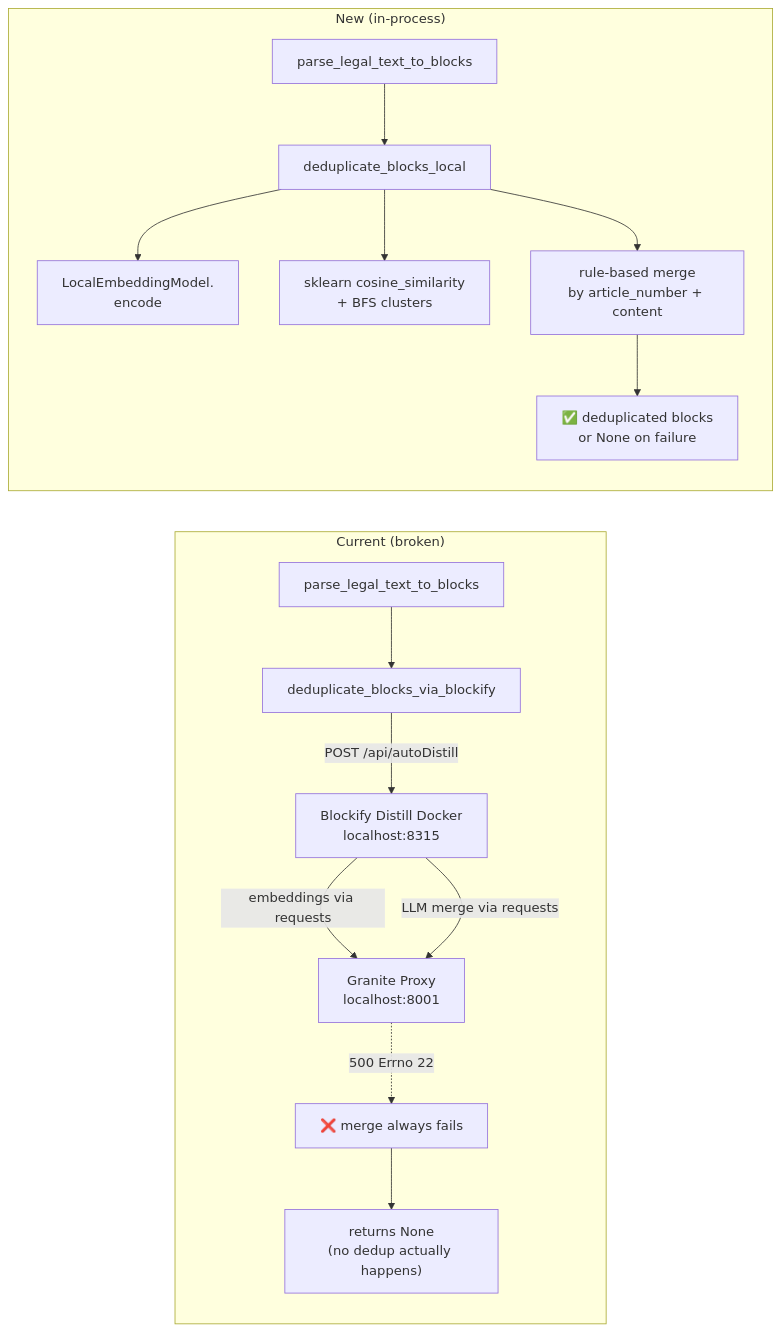
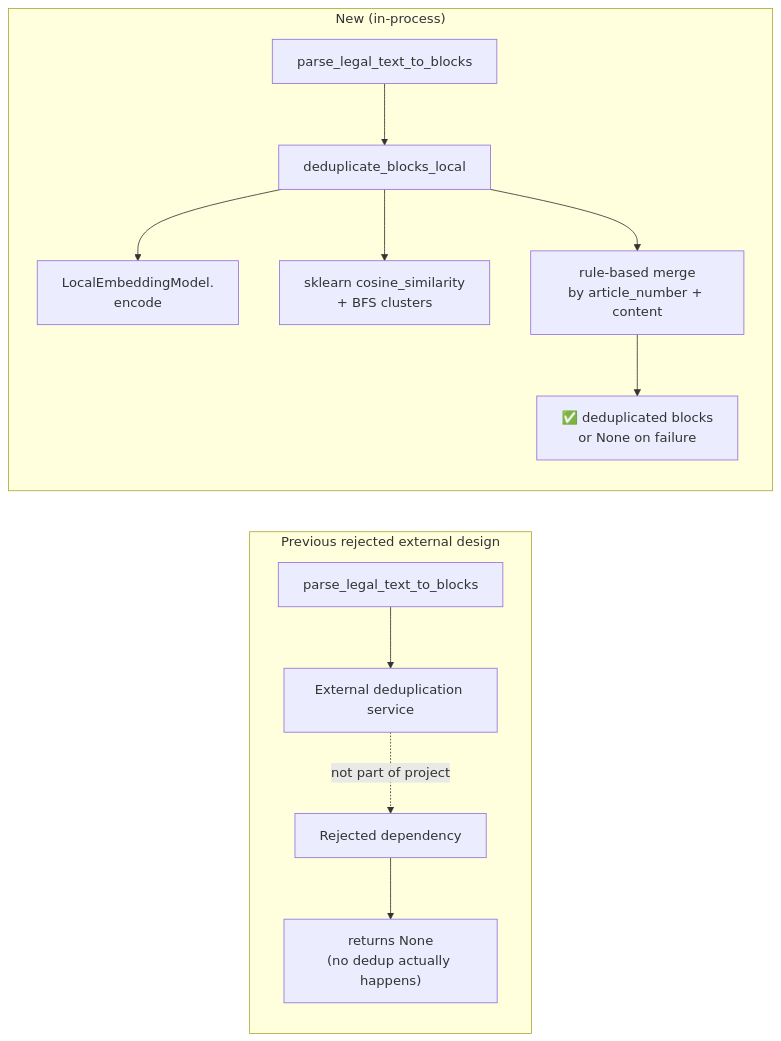
Before and after one commit to Laurentzius/smartkeden: the first of 4 diagrams in flows/features/local_deduplication_flow.md, drawn with Mermaid. The commit also changed other lines of this file and 32 other files, not shown here.

````diff
--- a/flows/features/local_deduplication_flow.md
+++ b/flows/features/local_deduplication_flow.md
@@ -51,19 +51,16 @@
 ```mermaid
 flowchart LR
-  subgraph BEFORE["Current (broken)"]
-    P1[parse_legal_text_to_blocks] --> B1[deduplicate_blocks_via_blockify]
-    B1 -->|POST /api/autoDistill| BD[Blockify Distill Docker<br/>localhost:8315]
-    BD -->|embeddings via requests| PROXY[Granite Proxy<br/>localhost:8001]
-    BD -->|LLM merge via requests| PROXY
-    PROXY -.->|500 Errno 22| CRASH["❌ merge always fails"]
+  subgraph BEFORE["Previous rejected external design"]
+    P1[parse_legal_text_to_blocks] --> EXT[External deduplication service]
+    EXT -.->|not part of project| CRASH["Rejected dependency"]
     CRASH --> FALLBACK["returns None<br/>(no dedup actually happens)"]
   end
 
   subgraph AFTER["New (in-process)"]
     P2[parse_legal_text_to_blocks] --> D2[deduplicate_blocks_local]
     D2 --> EMB[LocalEmbeddingModel.<br/>encode]
     D2 --> SIM[sklearn cosine_similarity<br/>+ BFS clusters]
     D2 --> MERGE[rule-based merge<br/>by article_number + content]
     MERGE --> OK["✅ deduplicated blocks<br/>or None on failure"]
   end
 ```
````
